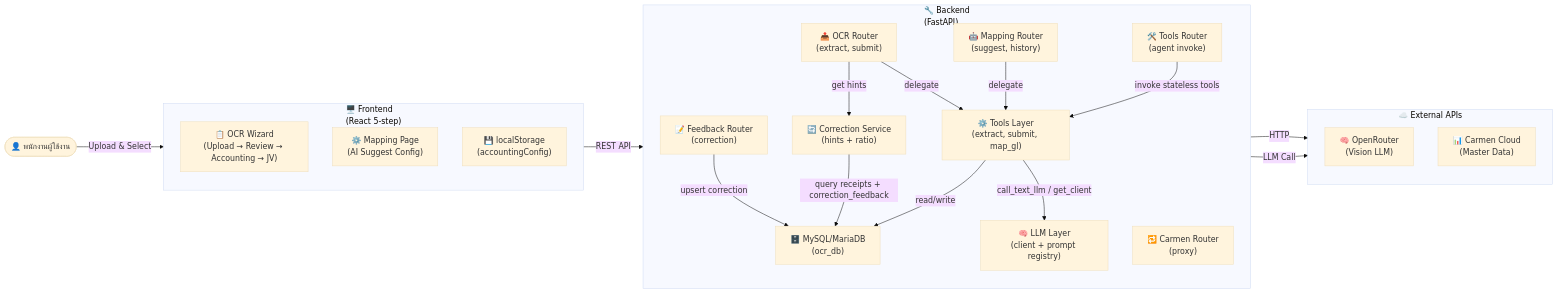
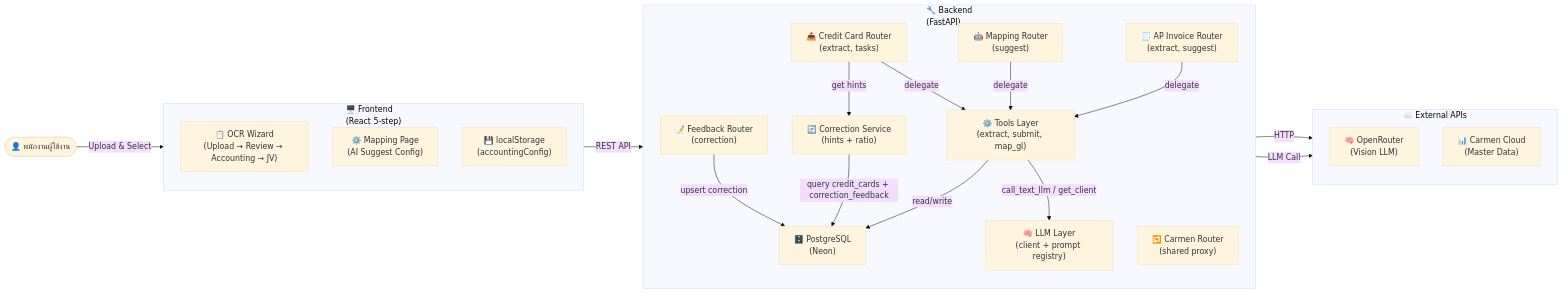
The first of 8 diagrams in docs/Software_Requirements_Specification.md (developer-carmensoftware/OCR), drawn with Mermaid (base theme) before and after one commit. The commit also changed other lines of this file and 27 other files, not shown here.

````diff
--- a/docs/Software_Requirements_Specification.md
+++ b/docs/Software_Requirements_Specification.md
@@ -52,43 +53,43 @@
 ```mermaid
 flowchart LR
     User(["👤 พนักงานผู้ใช้งาน"])
 
     subgraph Frontend["🖥️ Frontend<br/>(React 5-step)"]
         direction TB
         UI["📋 OCR Wizard<br/>(Upload → Review → Accounting → JV)"]
         Mapping["⚙️ Mapping Page<br/>(AI Suggest Config)"]
         LS["💾 localStorage<br/>(accountingConfig)"]
     end
 
     subgraph Backend["🔧 Backend<br/>(FastAPI)"]
         direction TB
-        OCR_R["📤 OCR Router<br/>(extract, submit)"]
-        Map_R["🤖 Mapping Router<br/>(suggest, history)"]
-        Carmen_R["🔁 Carmen Router<br/>(proxy)"]
-        Tools_R["🛠️ Tools Router<br/>(agent invoke)"]
+        OCR_R["📤 Credit Card Router<br/>(extract, tasks)"]
+        Map_R["🤖 Mapping Router<br/>(suggest)"]
+        Carmen_R["🔁 Carmen Router<br/>(shared proxy)"]
+        AP_R["🧾 AP Invoice Router<br/>(extract, suggest)"]
         FB_R["📝 Feedback Router<br/>(correction)"]
         Tools_L["⚙️ Tools Layer<br/>(extract, submit, map_gl)"]
         LLM_L["🧠 LLM Layer<br/>(client + prompt registry)"]
         CorrSvc["🔄 Correction Service<br/>(hints + ratio)"]
-        DB["🗄️ MySQL/MariaDB<br/>(ocr_db)"]
+        DB["🗄️ PostgreSQL<br/>(Neon)"]
     end
 
     subgraph External["☁️ External APIs"]
         direction TB
         OpenRouter["🧠 OpenRouter<br/>(Vision LLM)"]
         Carmen["📊 Carmen Cloud<br/>(Master Data)"]
     end
 
     User -->|Upload & Select| Frontend
     Frontend -->|REST API| Backend
     OCR_R -->|delegate| Tools_L
     OCR_R -->|get hints| CorrSvc
     Map_R -->|delegate| Tools_L
-    Tools_R -->|invoke stateless tools| Tools_L
     Carmen_R -->|HTTP| Carmen
+    AP_R -->|delegate| Tools_L
     FB_R -->|upsert correction| DB
-    CorrSvc -->|query receipts + correction_feedback| DB
+    CorrSvc -->|query credit_cards + correction_feedback| DB
     Tools_L -->|call_text_llm / get_client| LLM_L
     LLM_L -->|LLM Call| OpenRouter
     Tools_L -->|read/write| DB
 ```
````
